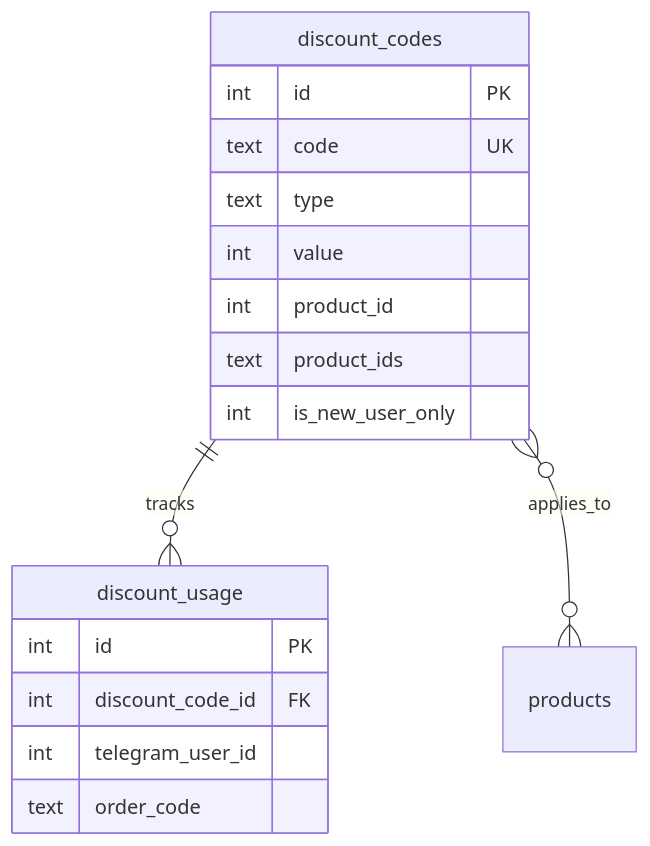
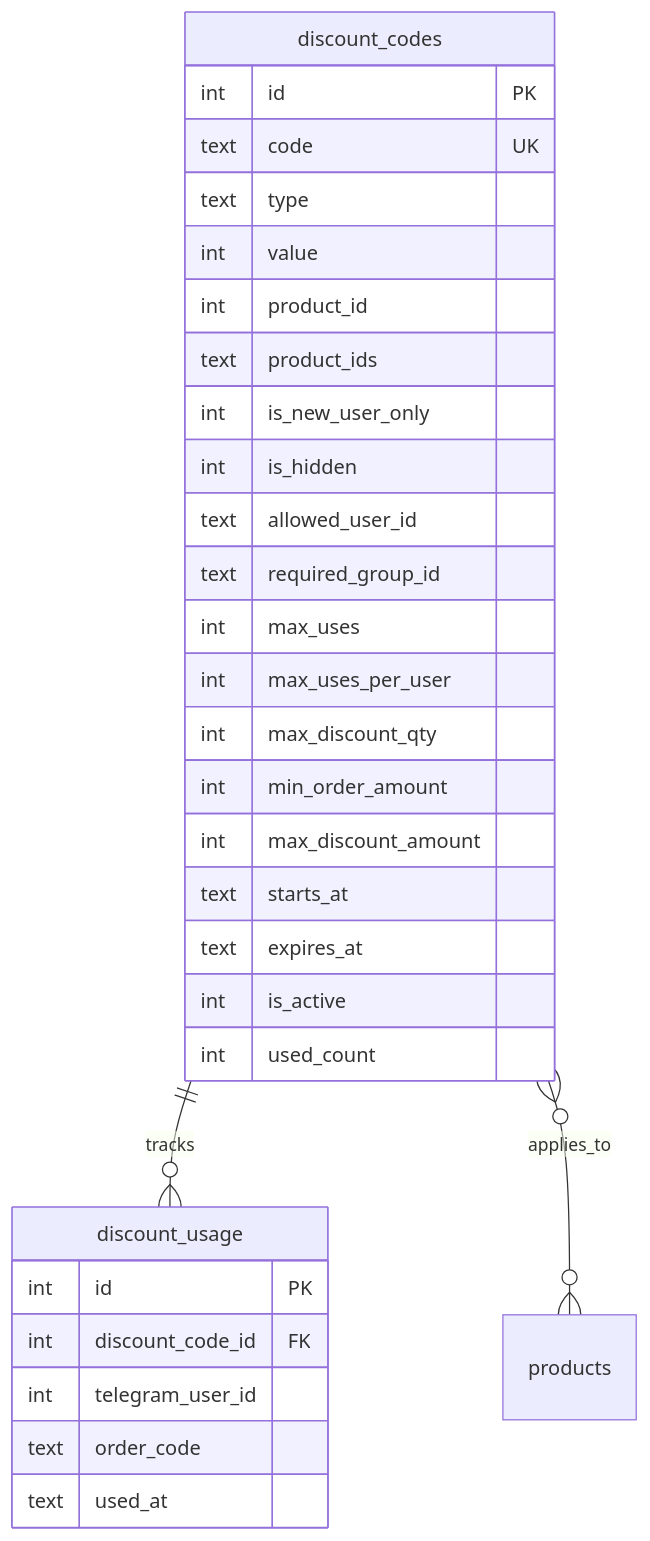
Before and after one commit to maingocanh1702/telegram-sales-bot: the first of 2 diagrams in docs/features/FE/feature_discount.md, drawn with Mermaid. The commit also changed other lines of this file and 54 other files, not shown here.

First line of the commit message:
feat(bot): v2.3.0 — purchase flow, cart, i18n, categories, docs

````diff
--- a/docs/features/FE/feature_discount.md
+++ b/docs/features/FE/feature_discount.md
@@ -88,22 +217,35 @@
 ```mermaid
 erDiagram
     discount_codes ||--o{ discount_usage : tracks
     discount_codes }o--o{ products : "applies_to"
 
     discount_codes {
         int id PK
         text code UK
         text type
         int value
         int product_id
         text product_ids
         int is_new_user_only
+        int is_hidden
+        text allowed_user_id
+        text required_group_id
+        int max_uses
+        int max_uses_per_user
+        int max_discount_qty
+        int min_order_amount
+        int max_discount_amount
+        text starts_at
+        text expires_at
+        int is_active
+        int used_count
     }
 
     discount_usage {
         int id PK
         int discount_code_id FK
         int telegram_user_id
         text order_code
+        text used_at
     }
 ```
````
